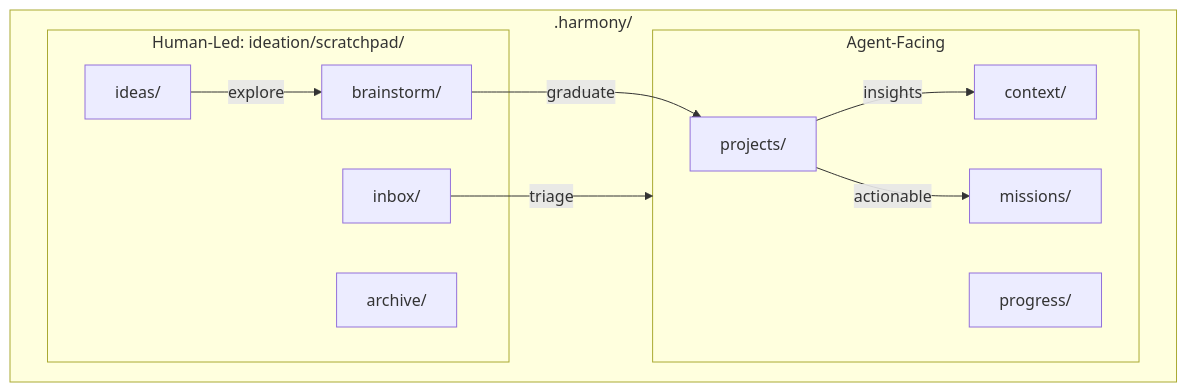
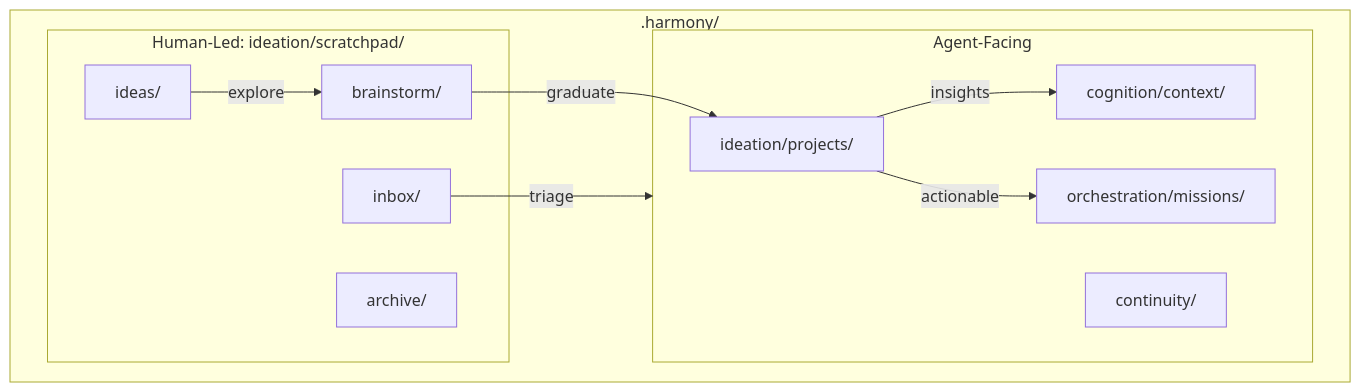
Before and after one commit to jamesryancooper/octon: the third of 3 diagrams in docs/architecture/workspaces/scratchpad.md, drawn with Mermaid. The commit also changed 14 other files, not shown here.

````diff
--- a/docs/architecture/workspaces/scratchpad.md
+++ b/docs/architecture/workspaces/scratchpad.md
@@ -242,24 +242,24 @@
 ```mermaid
 graph TB
     subgraph workspace [.harmony/]
         subgraph agent_facing [Agent-Facing]
-            projects[projects/]
-            context[context/]
-            progress[progress/]
-            missions[missions/]
+            projects[ideation/projects/]
+            context[cognition/context/]
+            progress[continuity/]
+            missions[orchestration/missions/]
         end
 
         subgraph human_led [Human-Led: ideation/scratchpad/]
             brainstorm[brainstorm/]
             ideas[ideas/]
             inbox[inbox/]
             archive[archive/]
         end
     end
 
     ideas -->|explore| brainstorm
     brainstorm -->|graduate| projects
     projects -->|insights| context
     projects -->|actionable| missions
     inbox -->|triage| agent_facing
 ```
````
